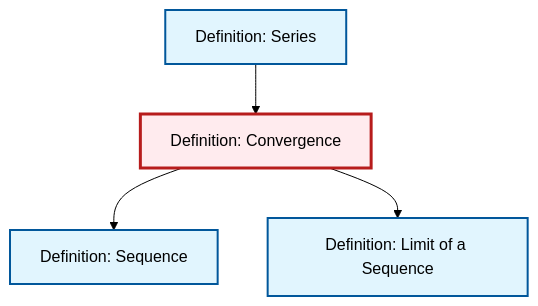
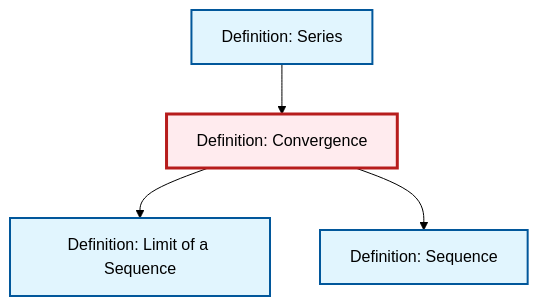
Before and after one commit to RK0429/ModernMath: the diagram in output/mermaid/def-convergence.mermaid, drawn with Mermaid (forest theme). The commit also changed other lines of this file and 360 other files, not shown here.

```diff
--- a/output/mermaid/def-convergence.mermaid
+++ b/output/mermaid/def-convergence.mermaid
@@ -1,15 +1,15 @@
 %%| fig-cap: "Local dependency graph"
 graph TD
     classDef definition fill:#e1f5fe,stroke:#01579b,stroke-width:2px
     classDef theorem fill:#f3e5f5,stroke:#4a148c,stroke-width:2px
     classDef axiom fill:#fff3e0,stroke:#e65100,stroke-width:2px
     classDef example fill:#e8f5e9,stroke:#1b5e20,stroke-width:2px
     classDef current fill:#ffebee,stroke:#b71c1c,stroke-width:3px
+    def-convergence["Definition: Convergence"]:::definition
     def-series["Definition: Series"]:::definition
-    def-convergence["Definition: Convergence"]:::definition
+    def-sequence["Definition: Sequence"]:::definition
     def-limit["Definition: Limit of a Sequence"]:::definition
-    def-sequence["Definition: Sequence"]:::definition
+    def-convergence --> def-limit
+    def-series --> def-convergence
     def-convergence --> def-sequence
-    def-series --> def-convergence
-    def-convergence --> def-limit
     class def-convergence current
```
